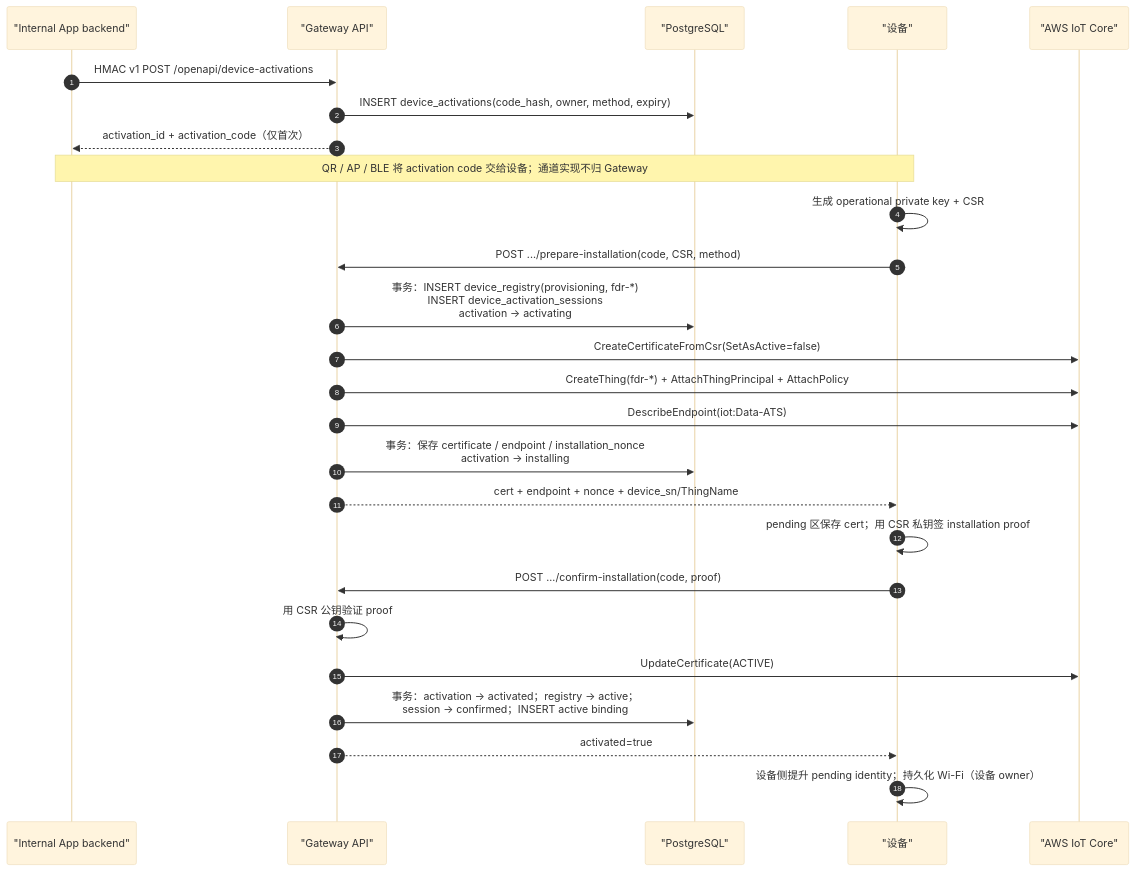
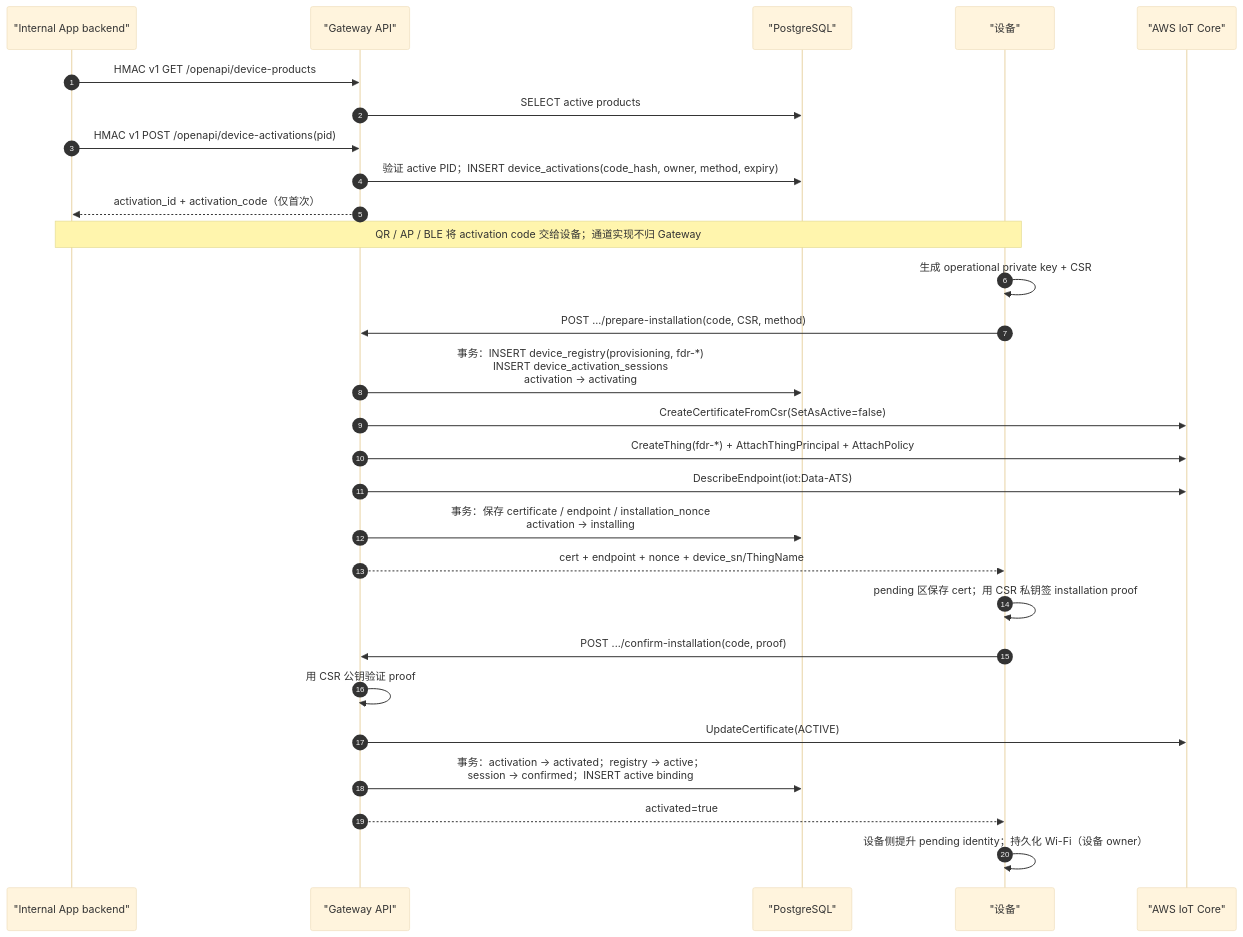
Before and after one commit to iolucasluo/aws-iot-gateway: the third of 3 diagrams in docs/flows/设备登记与激活流程.md, drawn with Mermaid (base theme). The commit also changed other lines of this file and 21 other files, not shown here.

````diff
--- a/docs/flows/设备登记与激活流程.md
+++ b/docs/flows/设备登记与激活流程.md
@@ -83,29 +87,31 @@
 ```mermaid
 sequenceDiagram
     autonumber
     participant B as "Internal App backend"
     participant G as "Gateway API"
     participant DB as "PostgreSQL"
     participant D as "设备"
     participant I as "AWS IoT Core"
 
-    B->>G: HMAC v1 POST /openapi/device-activations
-    G->>DB: INSERT device_activations(code_hash, owner, method, expiry)
+    B->>G: HMAC v1 GET /openapi/device-products
+    G->>DB: SELECT active products
+    B->>G: HMAC v1 POST /openapi/device-activations(pid)
+    G->>DB: 验证 active PID；INSERT device_activations(code_hash, owner, method, expiry)
     G-->>B: activation_id + activation_code（仅首次）
     Note over B,D: QR / AP / BLE 将 activation code 交给设备；通道实现不归 Gateway
     D->>D: 生成 operational private key + CSR
     D->>G: POST .../prepare-installation(code, CSR, method)
     G->>DB: 事务：INSERT device_registry(provisioning, fdr-*)<br/>INSERT device_activation_sessions<br/>activation → activating
     G->>I: CreateCertificateFromCsr(SetAsActive=false)
     G->>I: CreateThing(fdr-*) + AttachThingPrincipal + AttachPolicy
     G->>I: DescribeEndpoint(iot:Data-ATS)
     G->>DB: 事务：保存 certificate / endpoint / installation_nonce<br/>activation → installing
     G-->>D: cert + endpoint + nonce + device_sn/ThingName
     D->>D: pending 区保存 cert；用 CSR 私钥签 installation proof
     D->>G: POST .../confirm-installation(code, proof)
     G->>G: 用 CSR 公钥验证 proof
     G->>I: UpdateCertificate(ACTIVE)
     G->>DB: 事务：activation → activated；registry → active；<br/>session → confirmed；INSERT active binding
     G-->>D: activated=true
     D->>D: 设备侧提升 pending identity；持久化 Wi-Fi（设备 owner）
 ```
````
